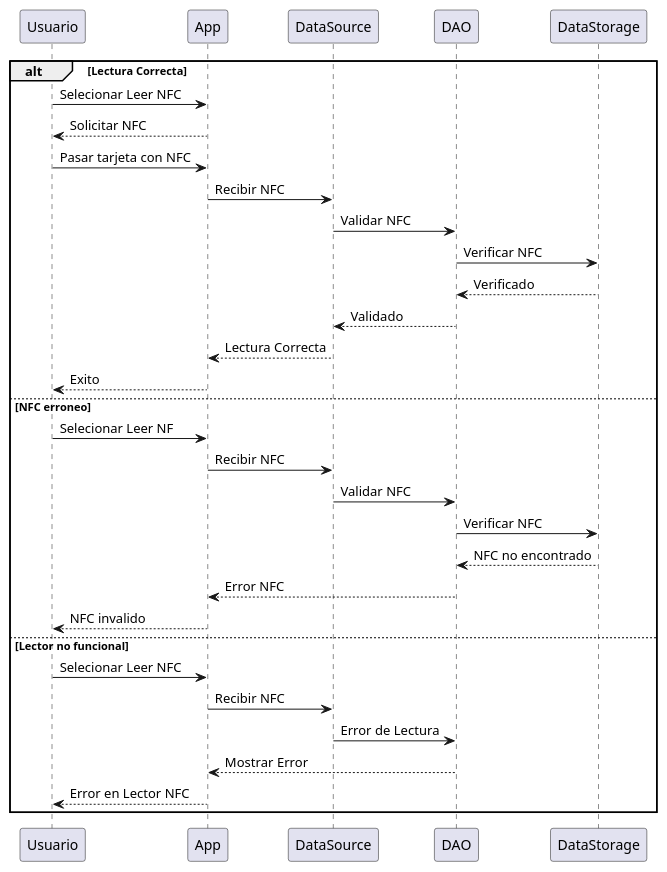
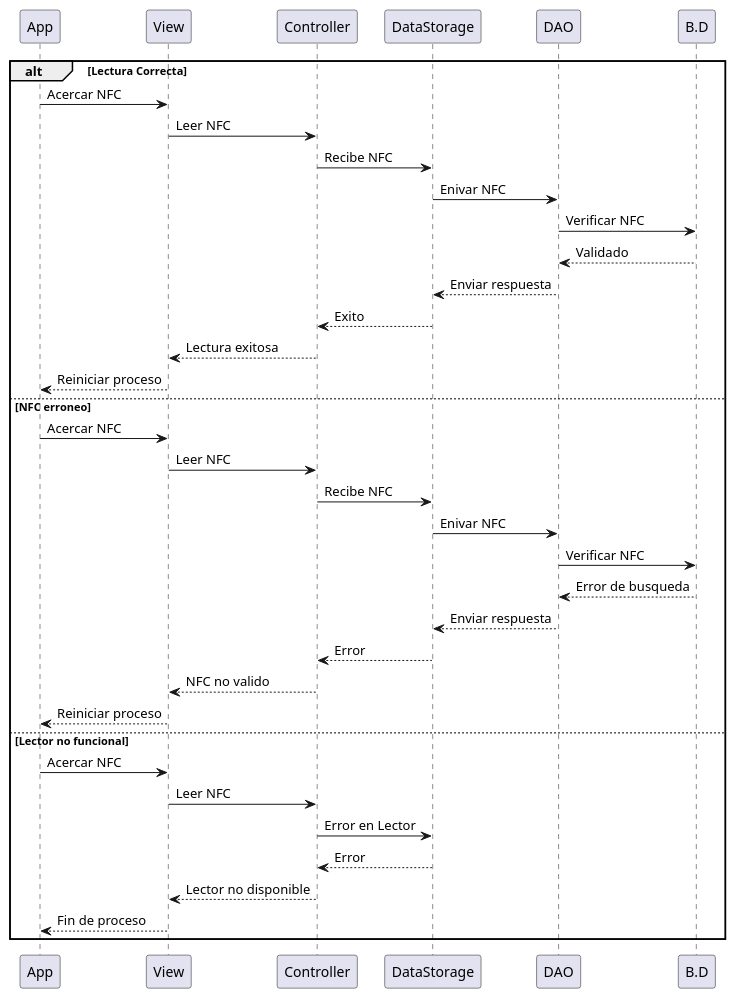
The diagram in Diseño/Diseño/6.Diagramas de secuencia/DiagramaSecuenciaLectorNFC.puml (GirTabAleph/ProyectoSistemas), drawn with PlantUML before and after one commit.

```diff
--- a/Diseño/Diseño/6.Diagramas de secuencia/DiagramaSecuenciaLectorNFC.puml
+++ b/Diseño/Diseño/6.Diagramas de secuencia/DiagramaSecuenciaLectorNFC.puml
@@ -1,35 +1,40 @@
 @startuml
 
 alt Lectura Correcta
 
-    Usuario -> App: Selecionar Leer NFC
-    App --> Usuario: Solicitar NFC
-    Usuario -> App: Pasar tarjeta con NFC
-    App -> DataSource: Recibir NFC
-    DataSource -> DAO: Validar NFC
-    DAO -> DataStorage: Verificar NFC
-    DataStorage --> DAO: Verificado
-    DAO --> DataSource: Validado
-    DataSource --> App: Lectura Correcta
-    App --> Usuario: Exito
+    App -> View: Acercar NFC
+    View -> Controller: Leer NFC
+    Controller -> DataStorage: Recibe NFC
+    DataStorage -> DAO: Enivar NFC
+    DAO -> B.D: Verificar NFC
+    B.D --> DAO: Validado
+    DAO --> DataStorage: Enviar respuesta
+    DataStorage --> Controller: Exito
+    Controller --> View: Lectura exitosa
+    View --> App: Reiniciar proceso
 
 else NFC erroneo
 
-    Usuario -> App: Selecionar Leer NF
-    App -> DataSource: Recibir NFC
-    DataSource -> DAO: Validar NFC
-    DAO -> DataStorage: Verificar NFC
-    DataStorage --> DAO: NFC no encontrado
-    DAO --> App: Error NFC
-    App --> Usuario: NFC invalido
+    App -> View: Acercar NFC
+    View -> Controller: Leer NFC
+    Controller -> DataStorage: Recibe NFC
+    DataStorage -> DAO: Enivar NFC
+    DAO -> B.D: Verificar NFC
+    B.D --> DAO: Error de busqueda
+    DAO --> DataStorage: Enviar respuesta
+    DataStorage --> Controller: Error
+    Controller --> View: NFC no valido
+    View --> App: Reiniciar proceso
 
 else Lector no funcional
 
-    Usuario -> App: Selecionar Leer NFC
-    App -> DataSource: Recibir NFC
-    DataSource -> DAO: Error de Lectura
-    DAO --> App: Mostrar Error 
-    App --> Usuario: Error en Lector NFC 
+    App -> View: Acercar NFC
+    View -> Controller: Leer NFC
+    Controller -> DataStorage: Error en Lector
+    DataStorage --> Controller: Error
+    Controller --> View: Lector no disponible
+    View --> App: Fin de proceso
+
 end
 
 @enduml
```
